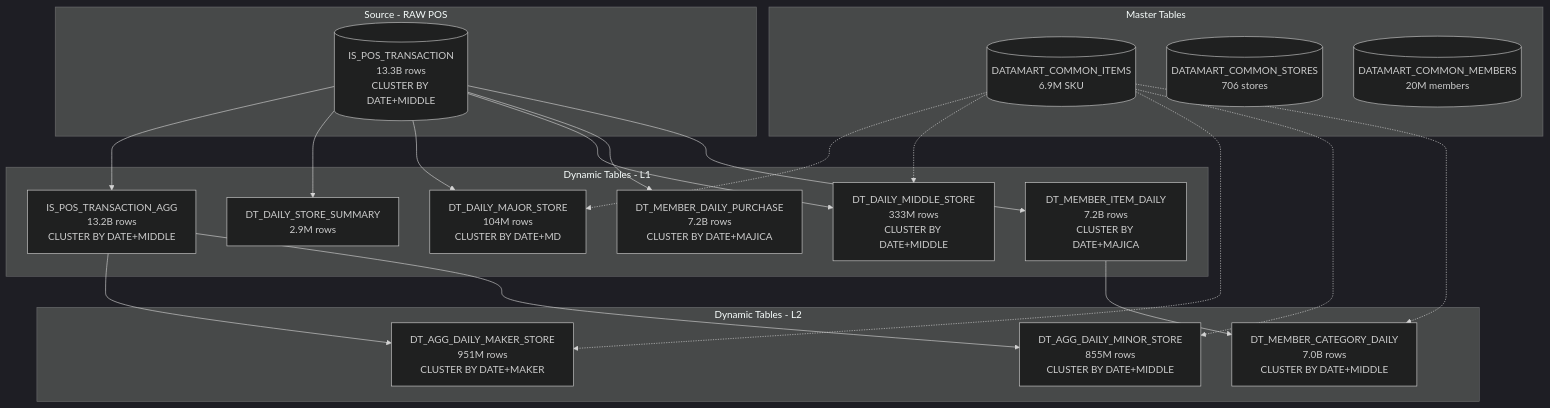
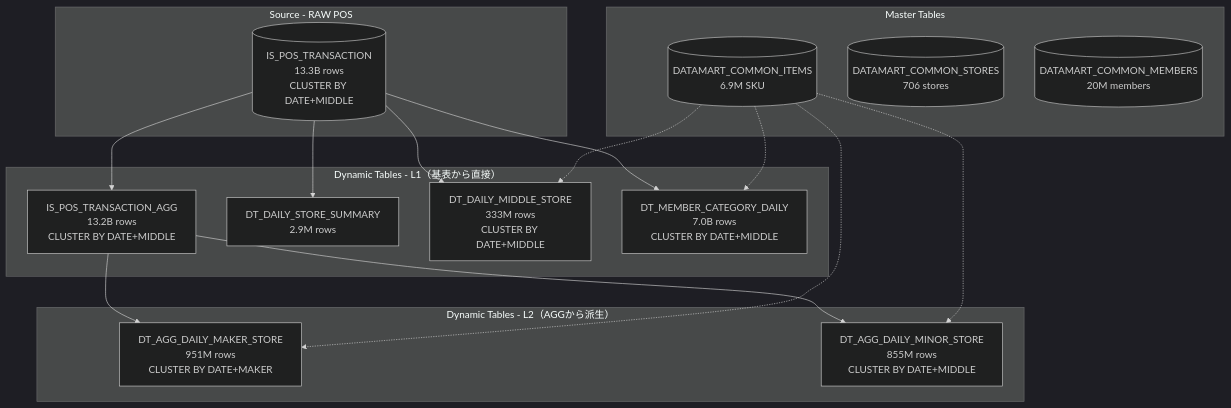
The diagram in docs/data-summary.md (hwatari-snow/datacompass_pro), drawn with Mermaid (dark theme) before and after one commit. The commit also changed other lines of this file and 3 other files, not shown here.

````diff
--- a/docs/data-summary.md
+++ b/docs/data-summary.md
@@ -19,42 +19,35 @@
 ```mermaid
 flowchart TD
     subgraph master [Master Tables]
         ITEMS[(DATAMART_COMMON_ITEMS\n6.9M SKU)]
         STORES[(DATAMART_COMMON_STORES\n706 stores)]
         MEMBERS[(DATAMART_COMMON_MEMBERS\n20M members)]
     end
 
     subgraph raw [Source - RAW POS]
         FACT[(IS_POS_TRANSACTION\n13.3B rows\nCLUSTER BY DATE+MIDDLE)]
     end
 
-    subgraph dtL1 [Dynamic Tables - L1]
+    subgraph dtL1 [Dynamic Tables - L1（基表から直接）]
         AGG[IS_POS_TRANSACTION_AGG\n13.2B rows\nCLUSTER BY DATE+MIDDLE]
         DT_STORE[DT_DAILY_STORE_SUMMARY\n2.9M rows]
-        DT_MAJOR[DT_DAILY_MAJOR_STORE\n104M rows\nCLUSTER BY DATE+MD]
         DT_MIDDLE[DT_DAILY_MIDDLE_STORE\n333M rows\nCLUSTER BY DATE+MIDDLE]
-        DT_MDP[DT_MEMBER_DAILY_PURCHASE\n7.2B rows\nCLUSTER BY DATE+MAJICA]
-        DT_MID[DT_MEMBER_ITEM_DAILY\n7.2B rows\nCLUSTER BY DATE+MAJICA]
+        DT_MCAT[DT_MEMBER_CATEGORY_DAILY\n7.0B rows\nCLUSTER BY DATE+MIDDLE]
     end
 
-    subgraph dtL2 [Dynamic Tables - L2]
+    subgraph dtL2 [Dynamic Tables - L2（AGGから派生）]
         DT_MAKER[DT_AGG_DAILY_MAKER_STORE\n951M rows\nCLUSTER BY DATE+MAKER]
         DT_MINOR[DT_AGG_DAILY_MINOR_STORE\n855M rows\nCLUSTER BY DATE+MIDDLE]
-        DT_MCAT[DT_MEMBER_CATEGORY_DAILY\n7.0B rows\nCLUSTER BY DATE+MIDDLE]
     end
 
     FACT --> AGG
     FACT --> DT_STORE
-    FACT --> DT_MAJOR
     FACT --> DT_MIDDLE
-    FACT --> DT_MDP
-    FACT --> DT_MID
+    FACT --> DT_MCAT
     AGG --> DT_MAKER
     AGG --> DT_MINOR
-    DT_MID --> DT_MCAT
-    ITEMS -.-> DT_MAJOR
     ITEMS -.-> DT_MIDDLE
     ITEMS -.-> DT_MAKER
     ITEMS -.-> DT_MINOR
     ITEMS -.-> DT_MCAT
 ```
````
